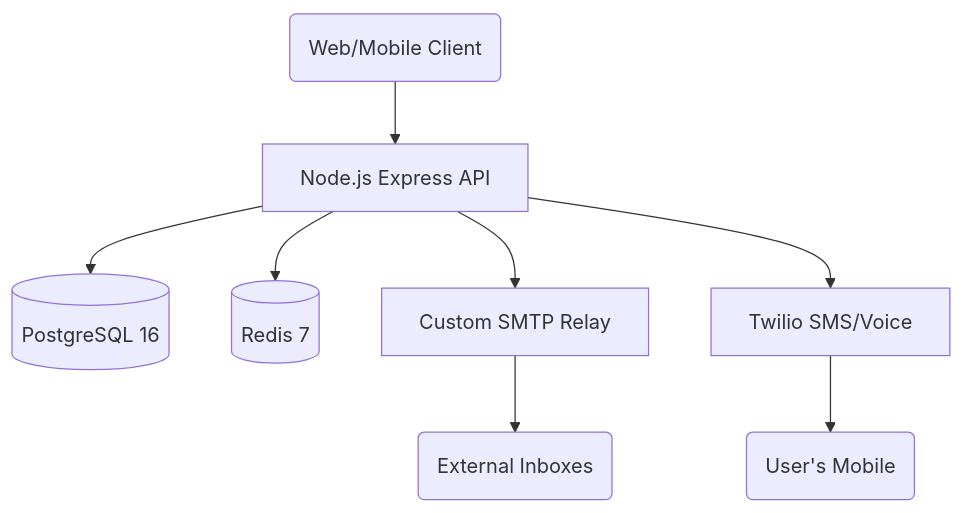
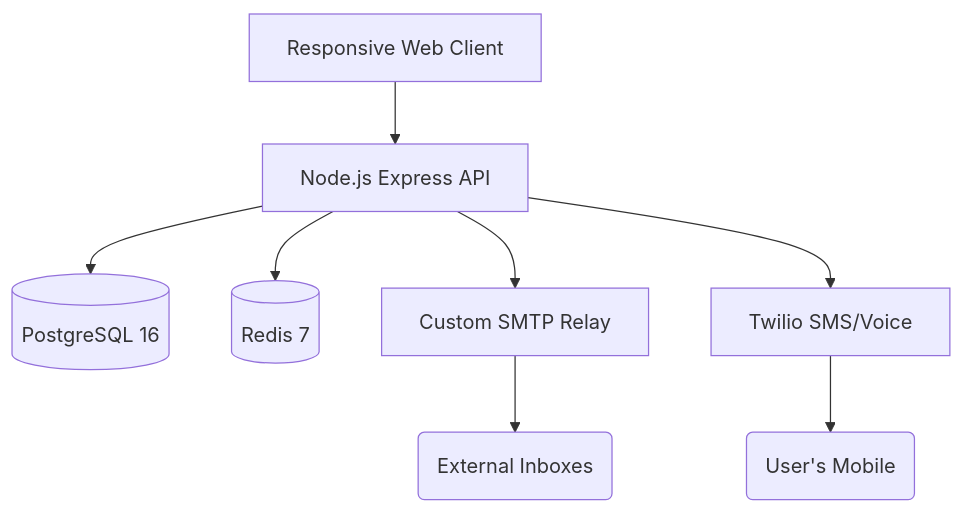
Before and after one commit to bitswizard3/PhoneMail: the diagram in README.md, drawn with Mermaid. The commit also changed other lines of this file, not shown here.

Commit message:
docs: Update README to reflect responsive web PWA architecture and remove native mobile app mentions

````diff
--- a/README.md
+++ b/README.md
@@ -65,10 +65,10 @@
 ```mermaid
 graph TD
-    Client(Web/Mobile Client) --> API[Node.js Express API]
+    Client[Responsive Web Client] --> API[Node.js Express API]
     API --> PG[(PostgreSQL 16)]
     API --> Cache[(Redis 7)]
     API --> SMTP[Custom SMTP Relay]
     API --> Twilio[Twilio SMS/Voice]
     SMTP --> Internet(External Inboxes)
     Twilio --> Phone(User's Mobile)
 ```
````
